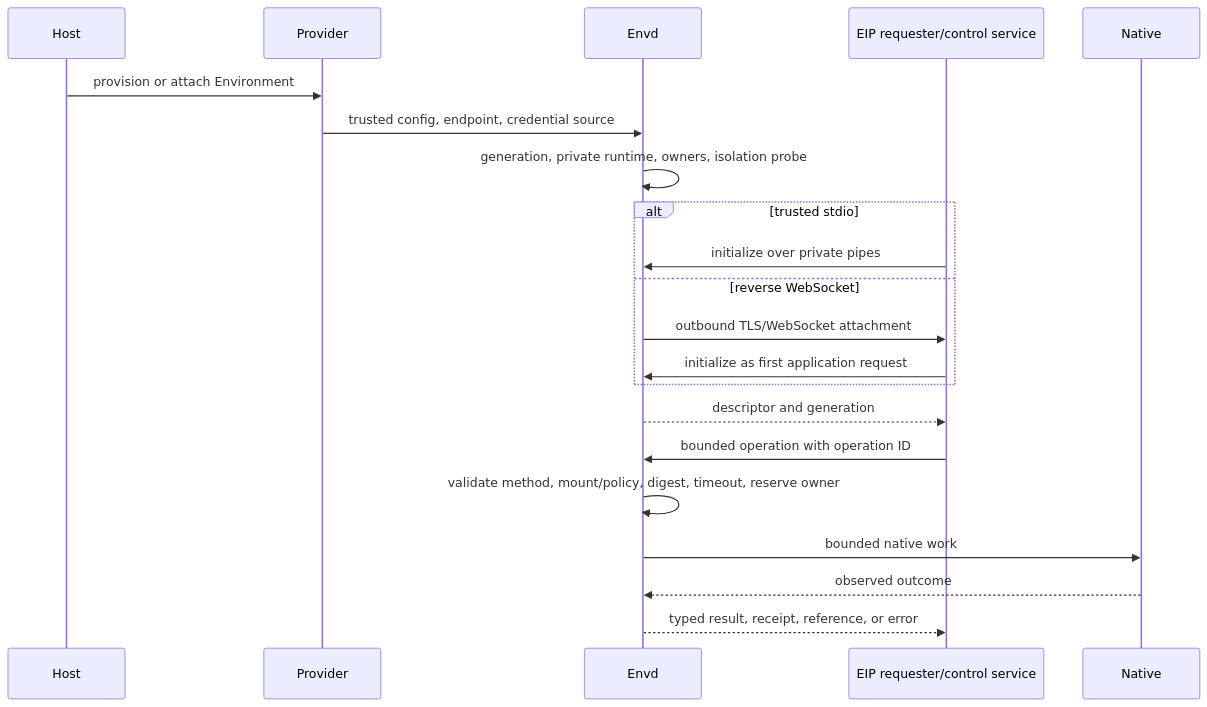
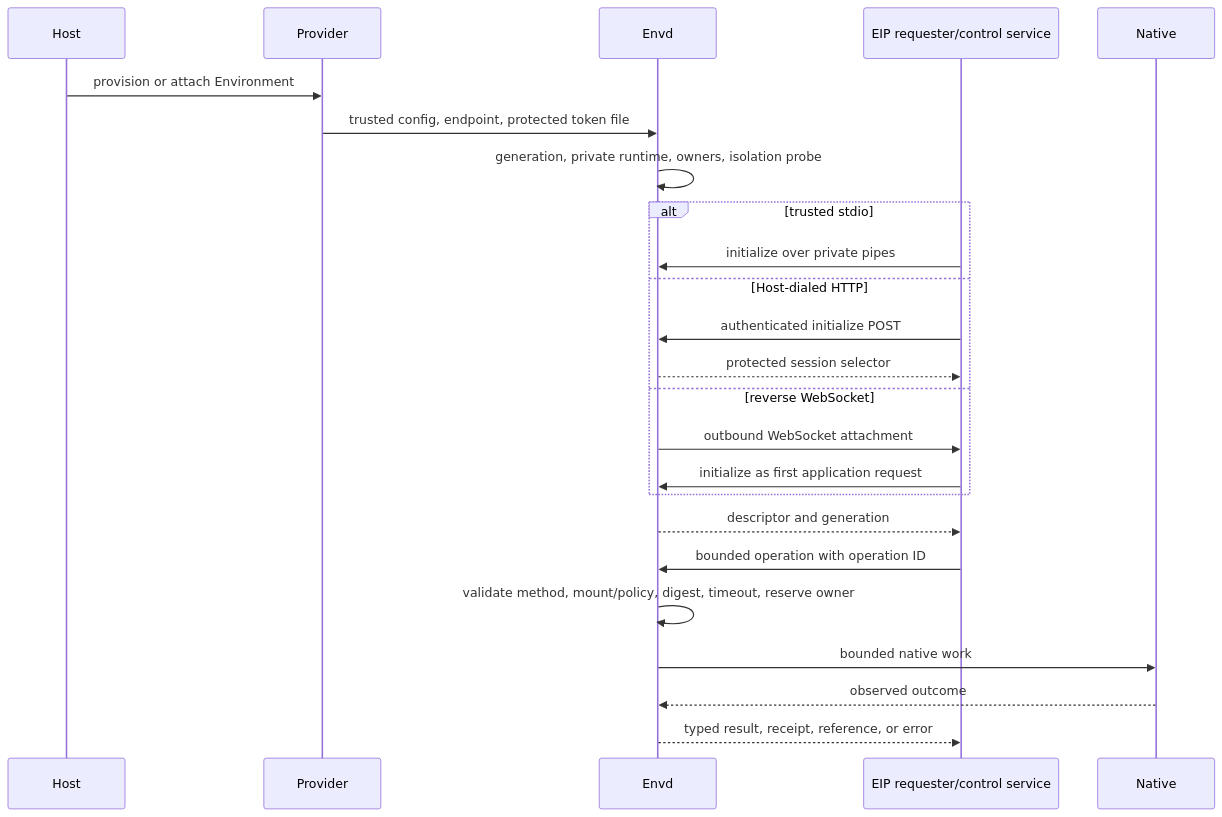
The second of 2 diagrams in spec/agent-envd/00-overview.md (LTThreeComma/agent-foundation), drawn with Mermaid before and after one commit. The commit also changed other lines of this file and 86 other files, not shown here.

````diff
--- a/spec/agent-envd/00-overview.md
+++ b/spec/agent-envd/00-overview.md
@@ -130,24 +130,27 @@
 ```mermaid
 sequenceDiagram
     participant Host
     participant Provider
     participant Envd
     participant Control as EIP requester/control service
     participant Native
 
     Host->>Provider: provision or attach Environment
-    Provider->>Envd: trusted config, endpoint, credential source
+    Provider->>Envd: trusted config, endpoint, protected token file
     Envd->>Envd: generation, private runtime, owners, isolation probe
     alt trusted stdio
         Control->>Envd: initialize over private pipes
+    else Host-dialed HTTP
+        Control->>Envd: authenticated initialize POST
+        Envd-->>Control: protected session selector
     else reverse WebSocket
-        Envd->>Control: outbound TLS/WebSocket attachment
+        Envd->>Control: outbound WebSocket attachment
         Control->>Envd: initialize as first application request
     end
     Envd-->>Control: descriptor and generation
     Control->>Envd: bounded operation with operation ID
     Envd->>Envd: validate method, mount/policy, digest, timeout, reserve owner
     Envd->>Native: bounded native work
     Native-->>Envd: observed outcome
     Envd-->>Control: typed result, receipt, reference, or error
 ```
````
